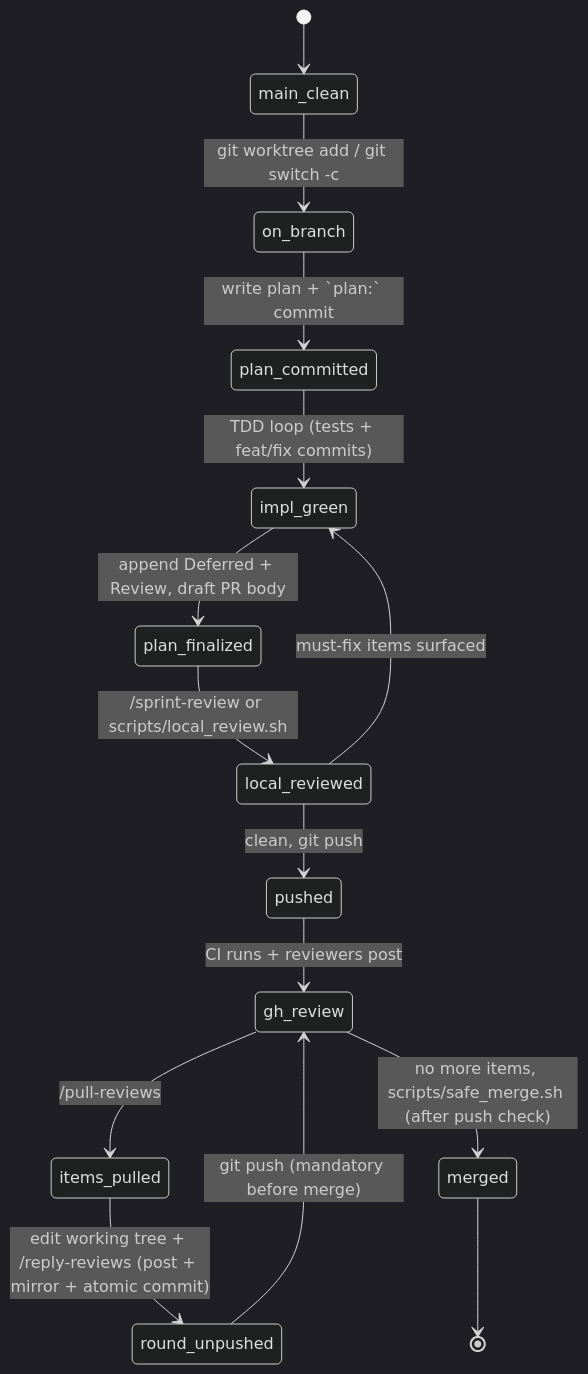
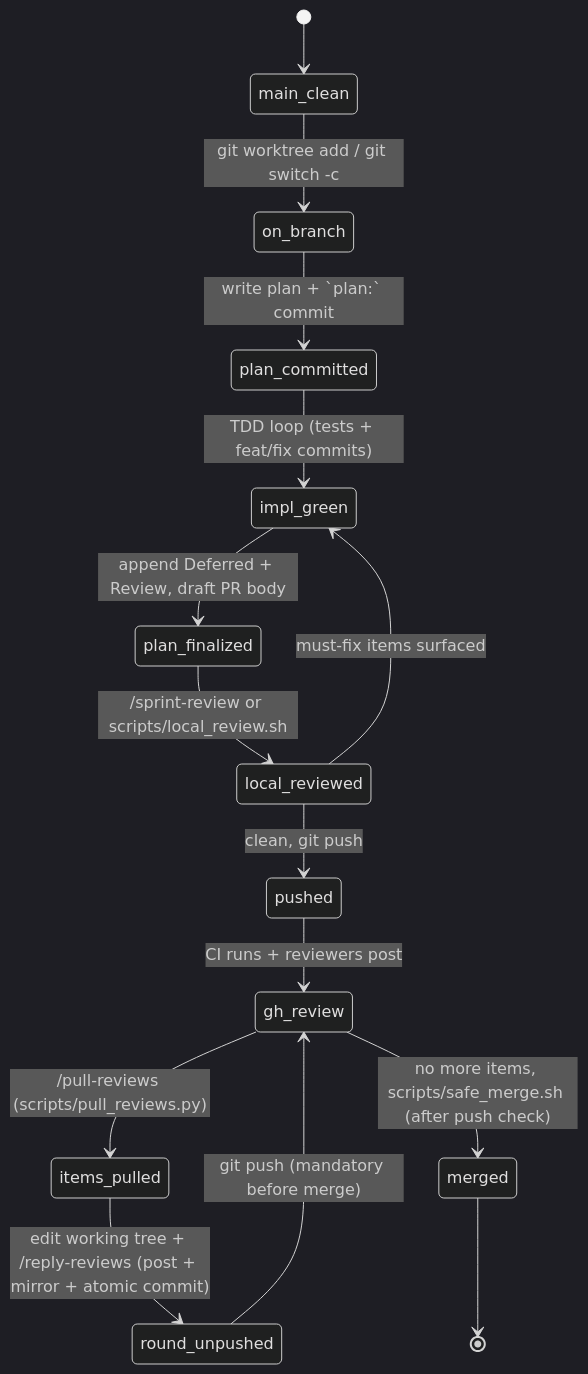
The first of 2 diagrams in doc/workflow.md (cmk/template-rust), drawn with Mermaid (dark theme) before and after one commit. The commit also changed 3 other files, not shown here.

````diff
--- a/doc/workflow.md
+++ b/doc/workflow.md
@@ -18,17 +18,17 @@
 ```mermaid
 stateDiagram-v2
     [*] --> main_clean
     main_clean --> on_branch: git worktree add / git switch -c
     on_branch --> plan_committed: write plan + `plan:` commit
     plan_committed --> impl_green: TDD loop (tests + feat/fix commits)
     impl_green --> plan_finalized: append Deferred + Review, draft PR body
     plan_finalized --> local_reviewed: /sprint-review or scripts/local_review.sh
     local_reviewed --> impl_green: must-fix items surfaced
     local_reviewed --> pushed: clean, git push
     pushed --> gh_review: CI runs + reviewers post
-    gh_review --> items_pulled: /pull-reviews
+    gh_review --> items_pulled: /pull-reviews (scripts/pull_reviews.py)
     items_pulled --> round_unpushed: edit working tree + /reply-reviews (post + mirror + atomic commit)
     round_unpushed --> gh_review: git push (mandatory before merge)
     gh_review --> merged: no more items, scripts/safe_merge.sh (after push check)
     merged --> [*]
 ```
````
